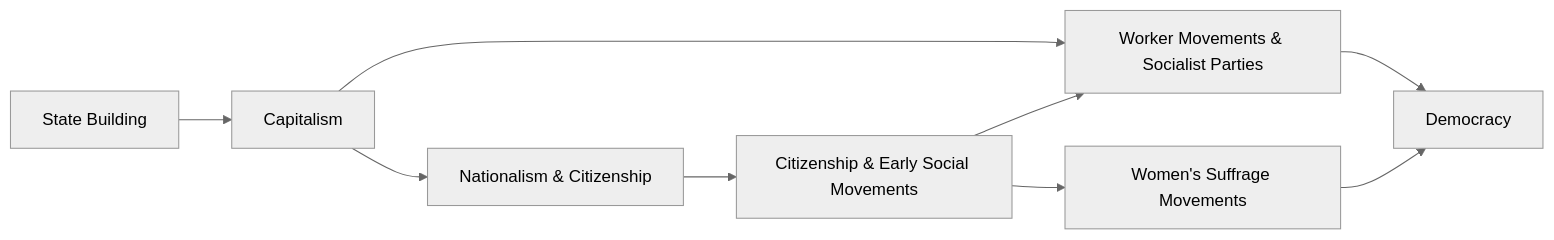
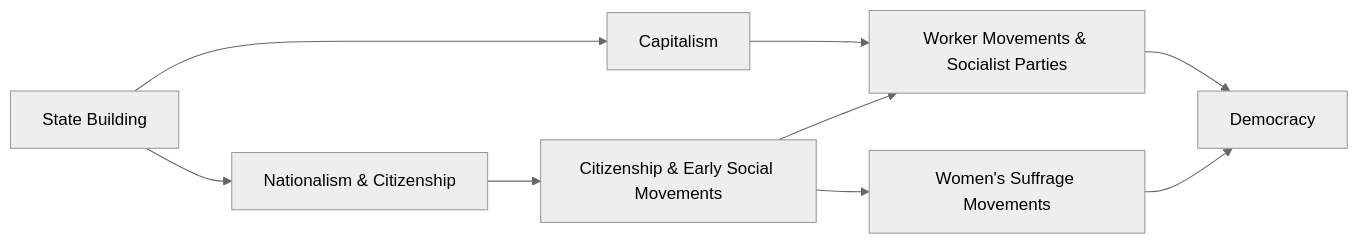
The diagram in pol_s 102/Social Movements.md (mathletedev/notebook), drawn with Mermaid (neutral theme) before and after one commit. The commit also changed 1 other file, not shown here.

Commit message:
vault backup: 2024-10-29 23:07:37

````diff
--- a/pol_s 102/Social Movements.md
+++ b/pol_s 102/Social Movements.md
@@ -43,12 +43,12 @@
 ```mermaid
 flowchart LR
 
 A[State Building] --> B[Capitalism]
---> C[Nationalism & Citizenship]
+A --> C[Nationalism & Citizenship]
 B --> D[Worker Movements & Socialist Parties]
 C --> E[Citizenship & Early Social Movements]
 E --> D
 D --> F[Democracy]
 E --> G[Women's Suffrage Movements]
 G --> F
 ```
````
